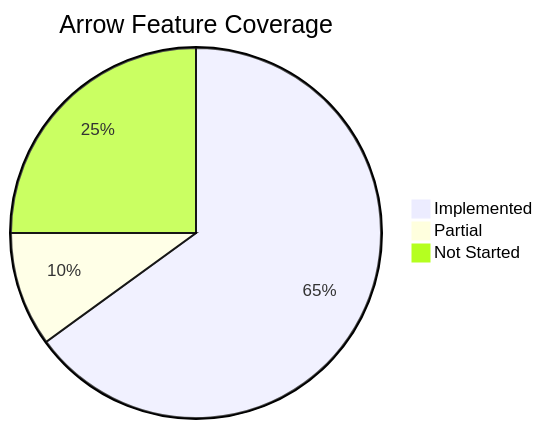
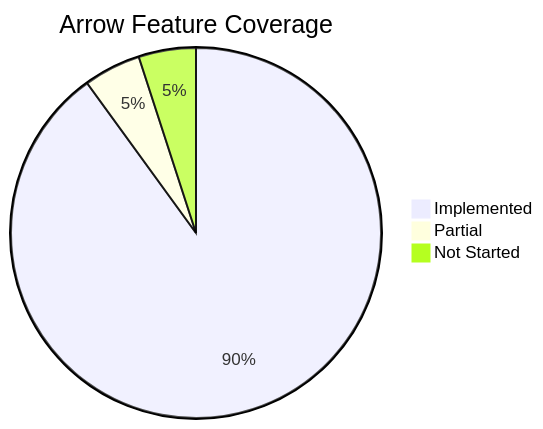
Before and after one commit to alexanderop/excalidrawNuxt: the first of 2 diagrams in docs/specs/arrow-implementation-plan.md, drawn with Mermaid. The commit also changed other lines of this file and 67 other files, not shown here.

````diff
--- a/docs/specs/arrow-implementation-plan.md
+++ b/docs/specs/arrow-implementation-plan.md
@@ -13,6 +13,6 @@
 ```mermaid
 pie title Arrow Feature Coverage
-    "Implemented" : 65
-    "Partial" : 10
-    "Not Started" : 25
+    "Implemented" : 90
+    "Partial" : 5
+    "Not Started" : 5
 ```
````
